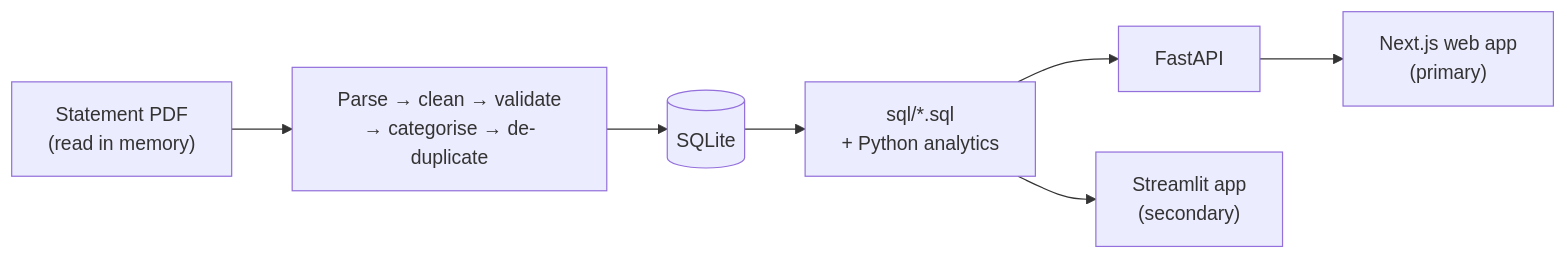
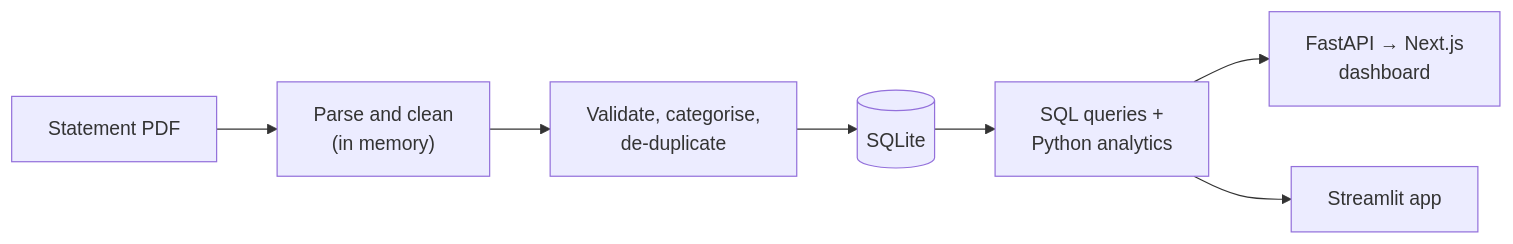
The diagram in README.md (Sujal-tyagi17/Spendly), drawn with Mermaid before and after one commit. The commit also changed other lines of this file, not shown here.

````diff
--- a/README.md
+++ b/README.md
@@ -58,8 +64,9 @@
 ```mermaid
 flowchart LR
-    PDF["Statement PDF<br/>(read in memory)"] --> P["Parse → clean → validate<br/>→ categorise → de-duplicate"]
-    P --> DB[("SQLite")]
-    DB --> SQL["sql/*.sql<br/>+ Python analytics"]
-    SQL --> API["FastAPI"] --> WEB["Next.js web app<br/>(primary)"]
-    SQL --> ST["Streamlit app<br/>(secondary)"]
+    A["Statement PDF"] --> B["Parse and clean<br/>(in memory)"]
+    B --> C["Validate, categorise,<br/>de-duplicate"]
+    C --> D[("SQLite")]
+    D --> E["SQL queries +<br/>Python analytics"]
+    E --> F["FastAPI → Next.js<br/>dashboard"]
+    E --> G["Streamlit app"]
 ```
````
